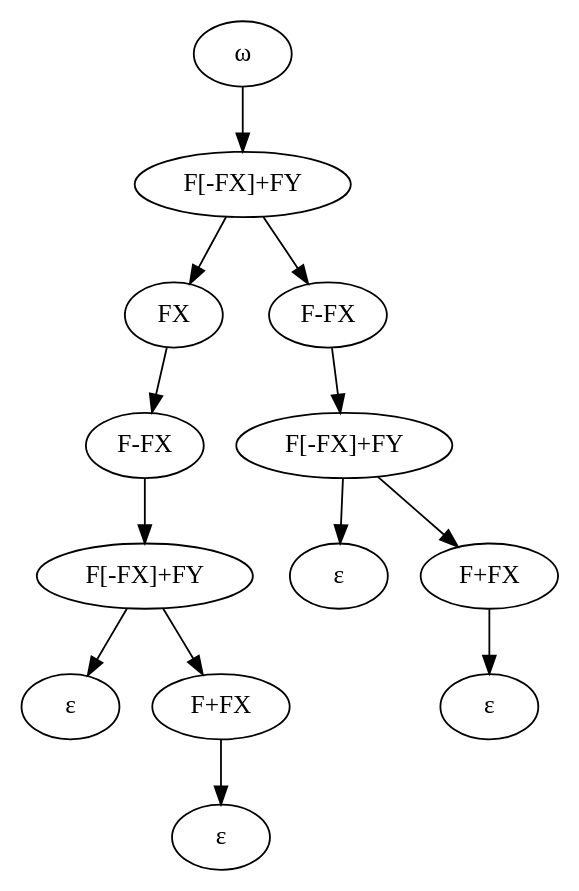
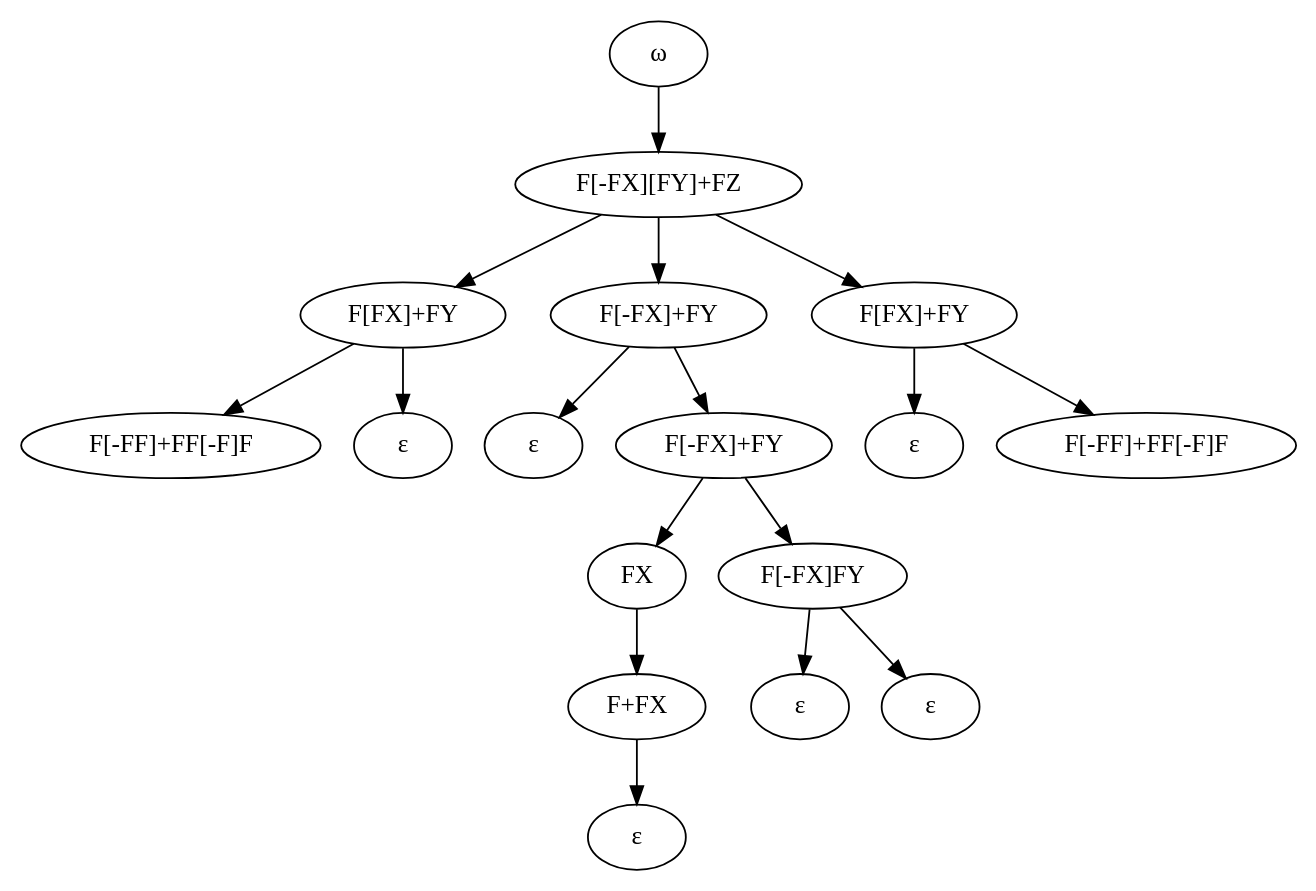
One commit to adrian-helberg/bachelor changed the diagram in Generator/user_structure.dot. Above: the diagram before and after it, drawn with Graphviz. The commit also changed 8 other files, not shown here.

```diff
--- a/Generator/user_structure.dot
+++ b/Generator/user_structure.dot
@@ -1,27 +1,35 @@
 digraph {
 omega [label="ω"]
-0 [label="F[-FX]+FY"]
-1 [label="FX"]
-2 [label="F-FX"]
-3 [label="F-FX"]
-4 [label="F[-FX]+FY"]
-5 [label="F[-FX]+FY"]
+0 [label="F[-FX][FY]+FZ"]
+1 [label="F[FX]+FY"]
+2 [label="F[-FX]+FY"]
+3 [label="F[FX]+FY"]
+4 [label="F[-FF]+FF[-F]F"]
+5 [label="ε"]
 6 [label="ε"]
-7 [label="F+FX"]
+7 [label="F[-FX]+FY"]
 8 [label="ε"]
-9 [label="F+FX"]
-10 [label="ε"]
-11 [label="ε"]
+9 [label="F[-FF]+FF[-F]F"]
+10 [label="FX"]
+11 [label="F[-FX]FY"]
+12 [label="F+FX"]
+13 [label="ε"]
+14 [label="ε"]
+15 [label="ε"]
 omega -> 0
 0 -> 1
 0 -> 2
-1 -> 3
-2 -> 4
-3 -> 5
-4 -> 6
-4 -> 7
-5 -> 8
-5 -> 9
+0 -> 3
+1 -> 4
+1 -> 5
+2 -> 6
+2 -> 7
+3 -> 8
+3 -> 9
 7 -> 10
-9 -> 11
+7 -> 11
+10 -> 12
+11 -> 13
+11 -> 14
+12 -> 15
 }
```
